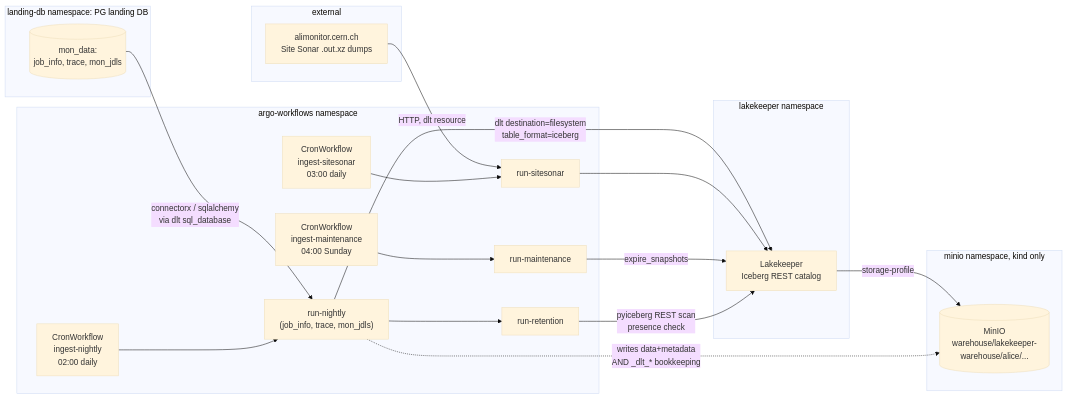
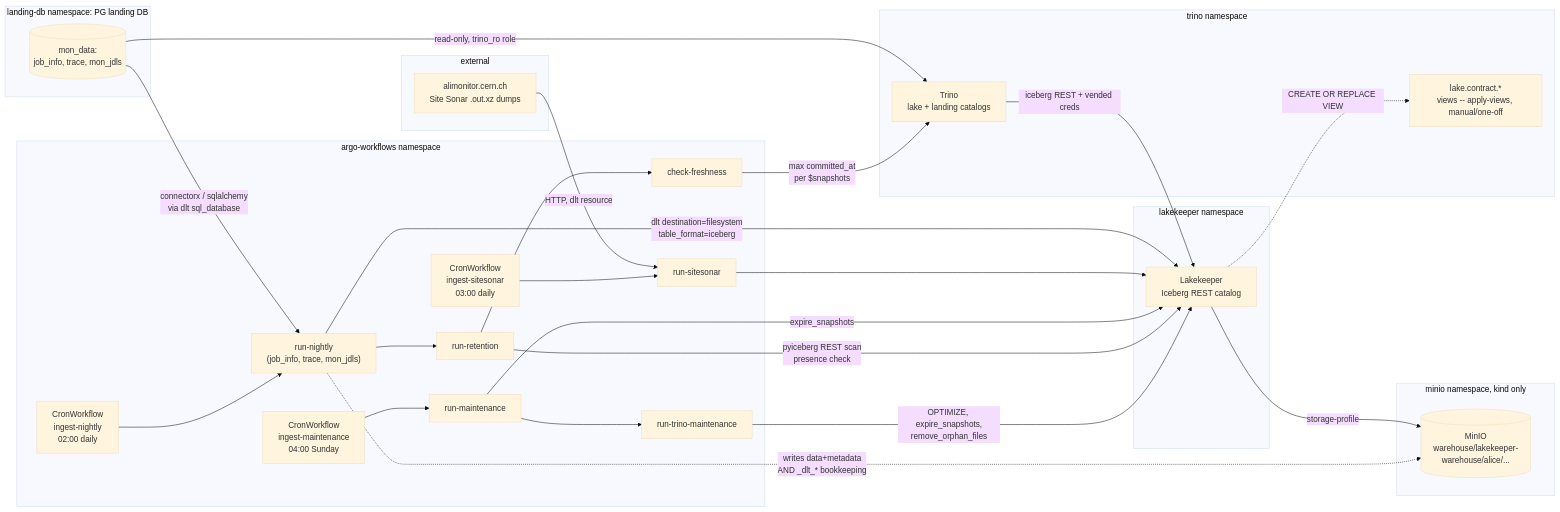
The diagram in docs/runbooks/ingestion-pipeline.md (agh-alice/datalake-v2), drawn with Mermaid (base theme) before and after one commit. The commit also changed other lines of this file and 3 other files, not shown here.

````diff
--- a/docs/runbooks/ingestion-pipeline.md
+++ b/docs/runbooks/ingestion-pipeline.md
@@ -16,36 +16,47 @@
 ```mermaid
 flowchart LR
     subgraph landing-db [landing-db namespace: PG landing DB]
         PG[(mon_data:\njob_info, trace, mon_jdls)]
     end
     subgraph external [external]
         SS[alimonitor.cern.ch\nSite Sonar .out.xz dumps]
     end
     subgraph argo-workflows [argo-workflows namespace]
         CW1[CronWorkflow\ningest-nightly\n02:00 daily]
         CW2[CronWorkflow\ningest-sitesonar\n03:00 daily]
         CW3[CronWorkflow\ningest-maintenance\n04:00 Sunday]
         RN["run-nightly\n(job_info, trace, mon_jdls)"]
         RS[run-sitesonar]
         RR[run-retention]
+        CF[check-freshness]
         RM[run-maintenance]
+        RTM[run-trino-maintenance]
     end
     subgraph lakekeeper [lakekeeper namespace]
         LK[Lakekeeper\nIceberg REST catalog]
     end
     subgraph minio [minio namespace, kind only]
         S3[(MinIO\nwarehouse/lakekeeper-warehouse/alice/...)]
     end
+    subgraph trino [trino namespace]
+        TR[Trino\nlake + landing catalogs]
+        CV[lake.contract.*\nviews -- apply-views, manual/one-off]
+    end
 
     PG -->|connectorx / sqlalchemy\nvia dlt sql_database| RN
+    PG -->|read-only, trino_ro role| TR
     SS -->|HTTP, dlt resource| RS
-    CW1 --> RN --> RR
+    CW1 --> RN --> RR --> CF
     CW2 --> RS
-    CW3 --> RM
+    CW3 --> RM --> RTM
     RN -->|dlt destination=filesystem\ntable_format=iceberg| LK
     RS --> LK
     RM -->|expire_snapshots| LK
     RR -->|pyiceberg REST scan\npresence check| LK
+    RTM -->|OPTIMIZE, expire_snapshots,\nremove_orphan_files| LK
+    CF -->|max committed_at\nper $snapshots| TR
     LK -->|storage-profile| S3
     RN -.->|writes data+metadata\nAND _dlt_* bookkeeping| S3
+    TR -->|iceberg REST + vended creds| LK
+    LK -.->|CREATE OR REPLACE VIEW| CV
 ```
````
